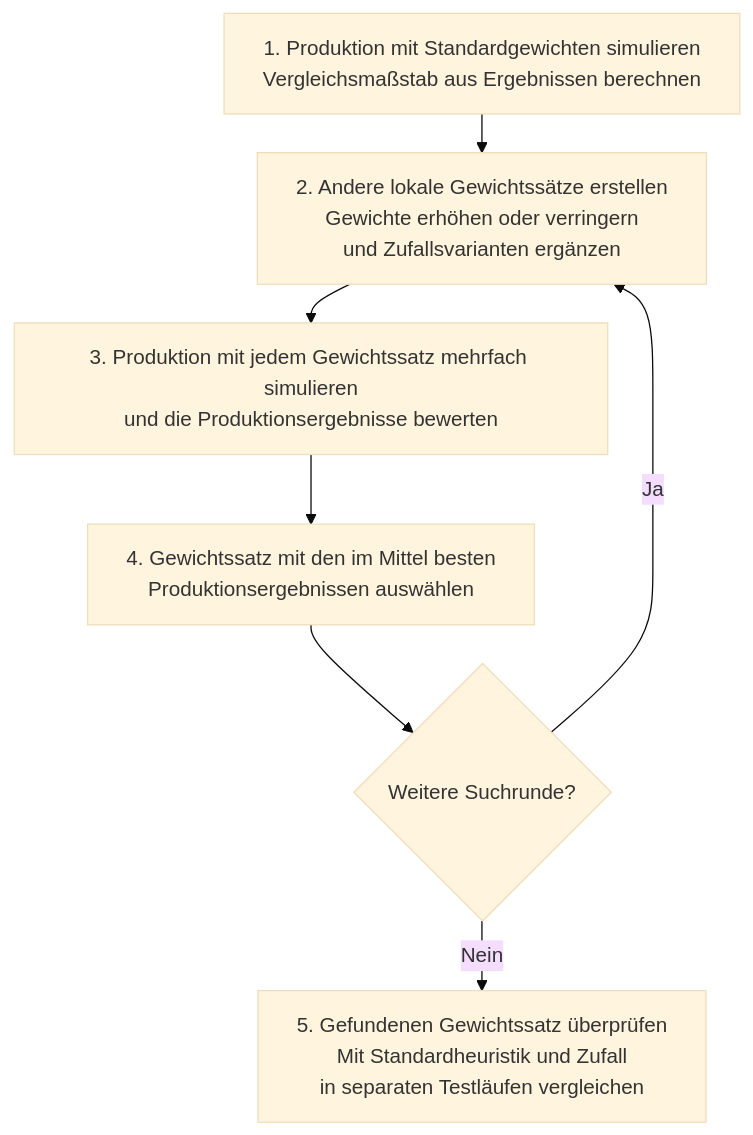
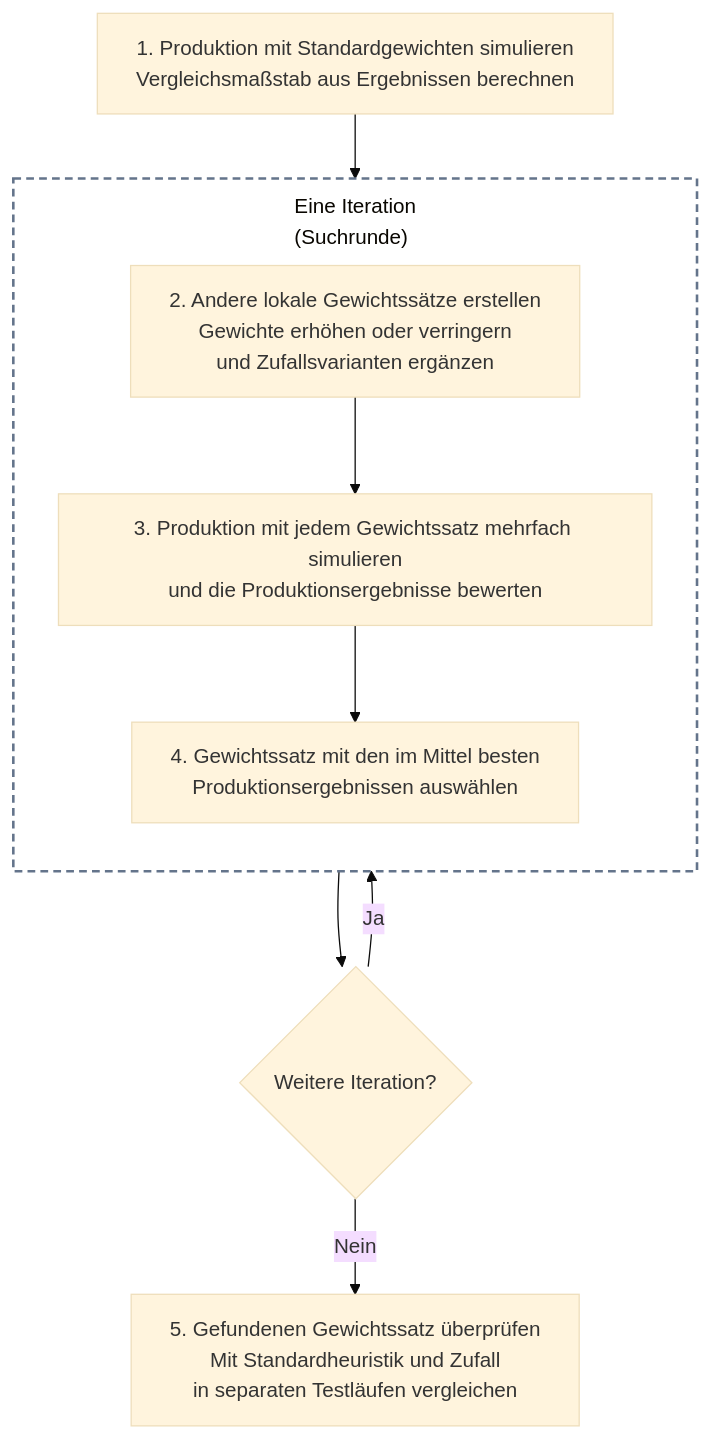
Diagram 14 of 15 in README.md (ghackenberg/SpineML), drawn with Mermaid (base theme) before and after one commit.

Commit message:
Show each optimization iteration as a framed group in workflow diagram

````diff
--- a/README.md
+++ b/README.md
@@ -2069,16 +2069,27 @@
 ```mermaid
 ---
 config:
   flowchart:
     wrappingWidth: 400
-    rankSpacing: 30
+    rankSpacing: 50
+    subGraphTitleMargin:
+      top: 10
+      bottom: 20
 ---
 flowchart TD
     A["1. Produktion mit Standardgewichten simulieren<br/>Vergleichsmaßstab aus Ergebnissen berechnen"]
-    A --> B["2. Andere lokale Gewichtssätze erstellen<br/>Gewichte erhöhen oder verringern<br/>und Zufallsvarianten ergänzen"]
-    B --> C["3. Produktion mit jedem Gewichtssatz mehrfach simulieren<br/>und die Produktionsergebnisse bewerten"]
-    C --> D["4. Gewichtssatz mit den im Mittel besten<br/>Produktionsergebnissen auswählen"]
-    D --> E{"Weitere Suchrunde?"}
+
+    subgraph Iteration["Eine Iteration<br/>(Suchrunde)"]
+        direction TB
+        B["2. Andere lokale Gewichtssätze erstellen<br/>Gewichte erhöhen oder verringern<br/>und Zufallsvarianten ergänzen"]
+        B --> C["3. Produktion mit jedem Gewichtssatz mehrfach simulieren<br/>und die Produktionsergebnisse bewerten"]
+        C --> D["4. Gewichtssatz mit den im Mittel besten<br/>Produktionsergebnissen auswählen"]
+    end
+
+    A --> B
+    D --> E{"Weitere Iteration?"}
     E -- Ja --> B
     E -- Nein --> F["5. Gefundenen Gewichtssatz überprüfen<br/>Mit Standardheuristik und Zufall<br/>in separaten Testläufen vergleichen"]
+
+    style Iteration fill:transparent,stroke:#64748b,stroke-width:2px,stroke-dasharray:6 4
 ```
````
